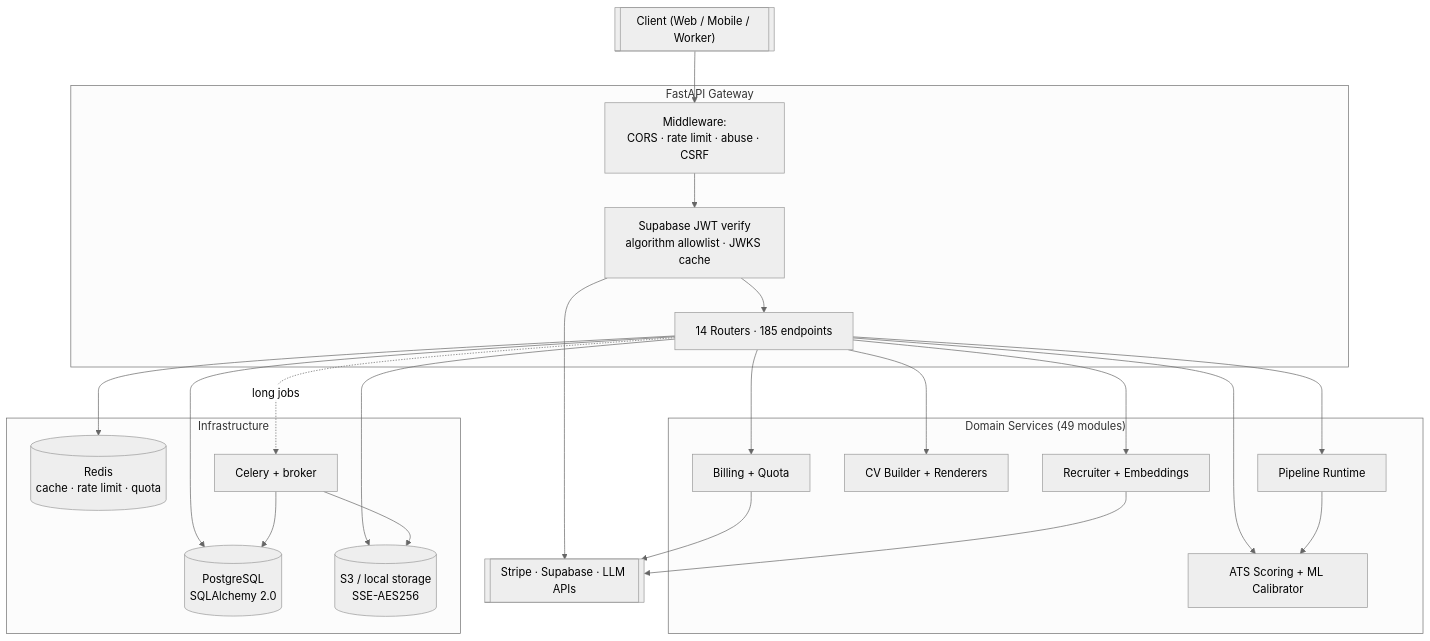
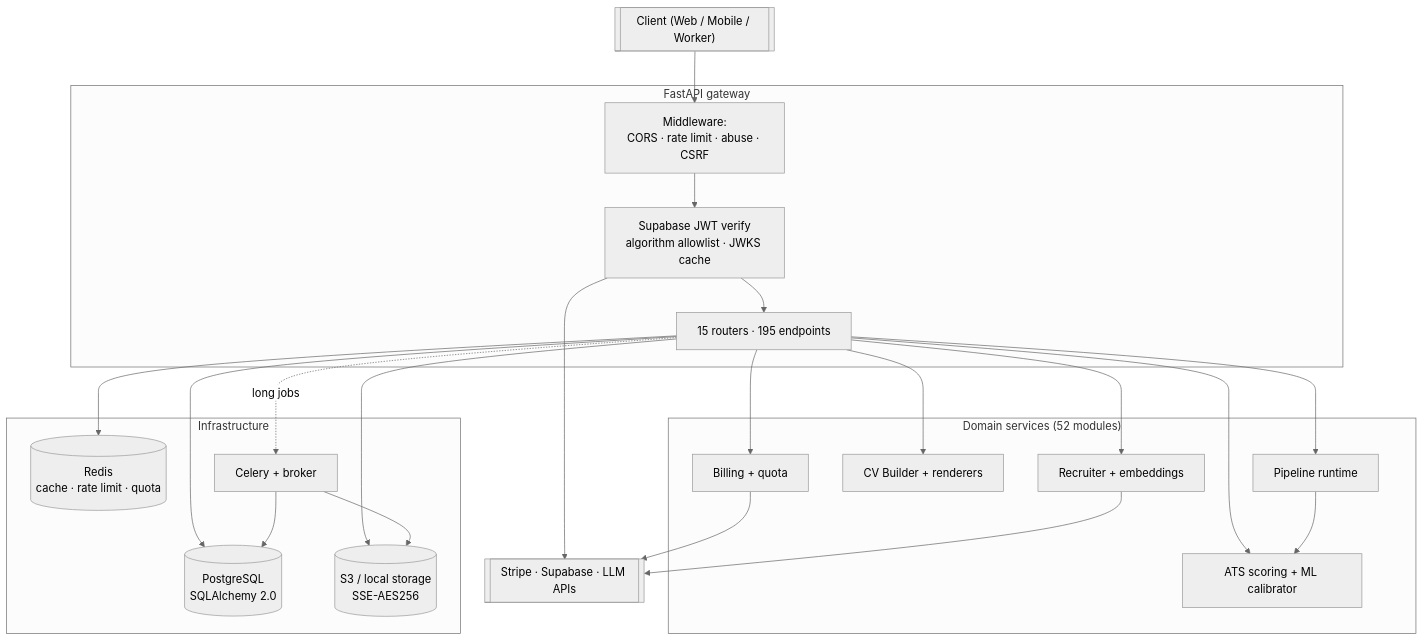
The tenth of 16 diagrams in README.md (SercanOzkan55/CV-Analyzer), drawn with Mermaid (neutral theme) before and after one commit. The commit also changed other lines of this file, not shown here.

````diff
--- a/README.md
+++ b/README.md
@@ -124,36 +772,36 @@
 ```mermaid
 flowchart TD
     Client[["Client (Web / Mobile / Worker)"]]
 
-    subgraph Gateway["FastAPI Gateway"]
+    subgraph Gateway["FastAPI gateway"]
         MW[Middleware:<br/>CORS · rate limit · abuse · CSRF]
         AUTH[Supabase JWT verify<br/>algorithm allowlist · JWKS cache]
-        ROUTE[14 Routers · 185 endpoints]
+        ROUTE[15 routers · 195 endpoints]
     end
 
-    subgraph Domain["Domain Services (49 modules)"]
-        PIPE[Pipeline Runtime]
-        ATS[ATS Scoring + ML Calibrator]
-        BUILD[CV Builder + Renderers]
-        REC[Recruiter + Embeddings]
-        BILL[Billing + Quota]
+    subgraph Domain["Domain services (52 modules)"]
+        PIPE[Pipeline runtime]
+        ATS[ATS scoring + ML calibrator]
+        BUILD[CV Builder + renderers]
+        REC[Recruiter + embeddings]
+        BILL[Billing + quota]
     end
 
     subgraph Infra["Infrastructure"]
         DB[(PostgreSQL<br/>SQLAlchemy 2.0)]
         RD[(Redis<br/>cache · rate limit · quota)]
         S3[(S3 / local storage<br/>SSE-AES256)]
         CEL[Celery + broker]
     end
 
     EXT[[Stripe · Supabase · LLM APIs]]
 
     Client --> MW --> AUTH --> ROUTE
     ROUTE --> PIPE & ATS & BUILD & REC & BILL
     PIPE --> ATS
     BILL --> EXT
     AUTH --> EXT
     ROUTE --> DB & RD & S3
     ROUTE -.long jobs.-> CEL --> DB & S3
     REC --> EXT
 ```
````
